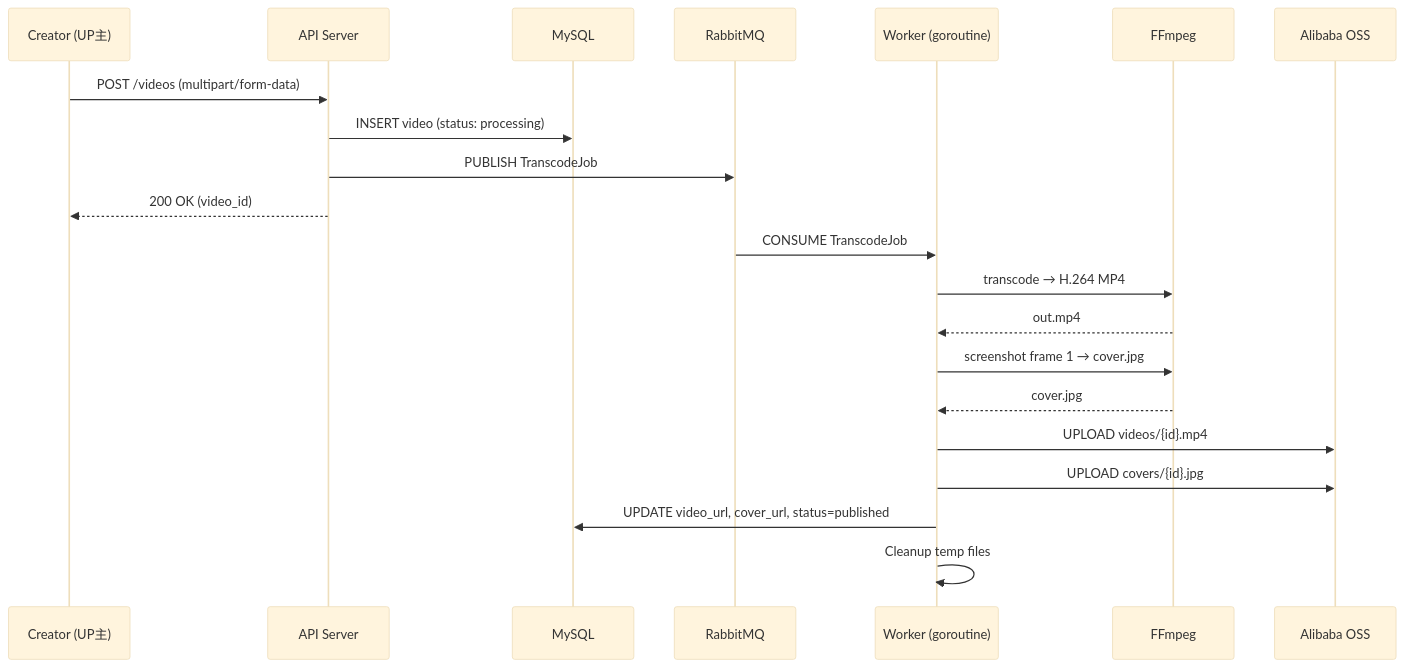
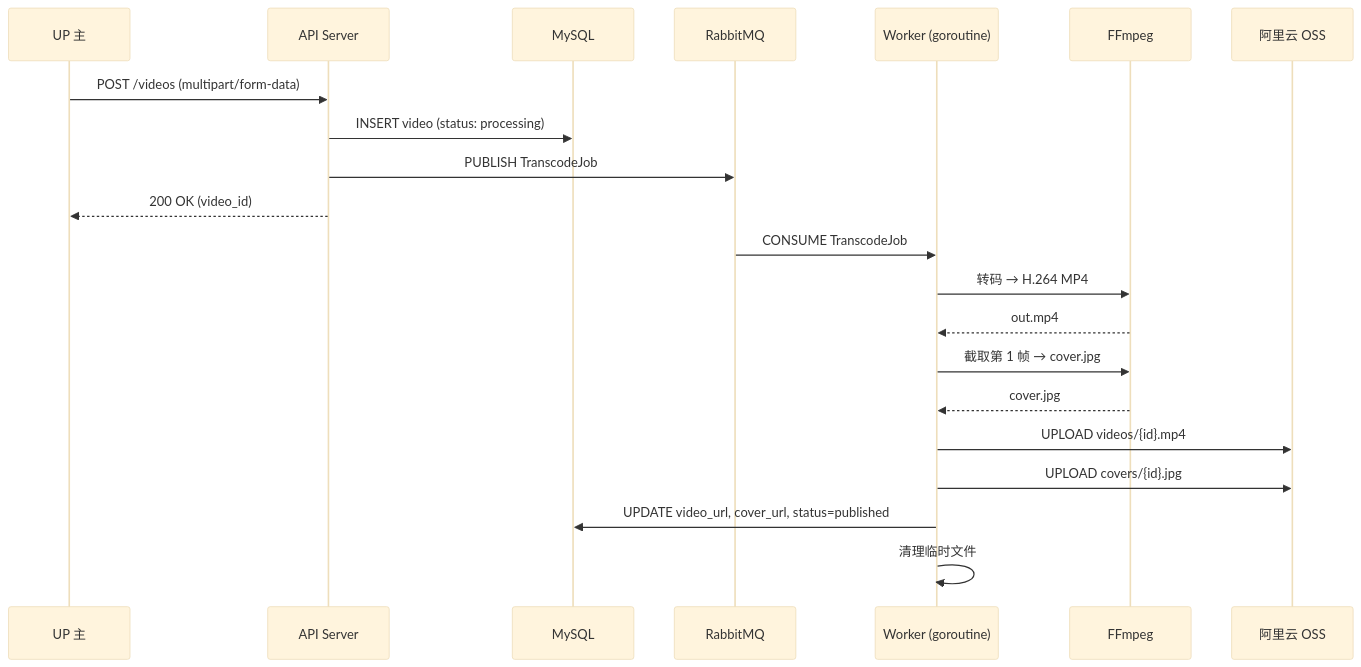
One commit to earthcake2233/cakecake changed the third of 4 diagrams in docs/ARCHITECTURE.md. Above: the diagram before and after it, drawn with Mermaid (base theme). The commit also changed other lines of this file and 2 other files, not shown here.

Commit message:
docs: swap ARCHITECTURE files so .md defaults to Chinese matching README convention

````diff
--- a/docs/ARCHITECTURE.md
+++ b/docs/ARCHITECTURE.md
@@ -119,25 +119,25 @@
 ```mermaid
 sequenceDiagram
-    participant C as Creator (UP主)
+    participant C as UP 主
     participant API as API Server
     participant DB as MySQL
     participant RMQ as RabbitMQ
     participant W as Worker (goroutine)
     participant FF as FFmpeg
-    participant OSS as Alibaba OSS
+    participant OSS as 阿里云 OSS
 
     C->>API: POST /videos (multipart/form-data)
     API->>DB: INSERT video (status: processing)
     API->>RMQ: PUBLISH TranscodeJob
     API-->>C: 200 OK (video_id)
 
     RMQ->>W: CONSUME TranscodeJob
-    W->>FF: transcode → H.264 MP4
+    W->>FF: 转码 → H.264 MP4
     FF-->>W: out.mp4
-    W->>FF: screenshot frame 1 → cover.jpg
+    W->>FF: 截取第 1 帧 → cover.jpg
     FF-->>W: cover.jpg
     W->>OSS: UPLOAD videos/{id}.mp4
     W->>OSS: UPLOAD covers/{id}.jpg
     W->>DB: UPDATE video_url, cover_url, status=published
-    W->>W: Cleanup temp files
+    W->>W: 清理临时文件
 ```
````
